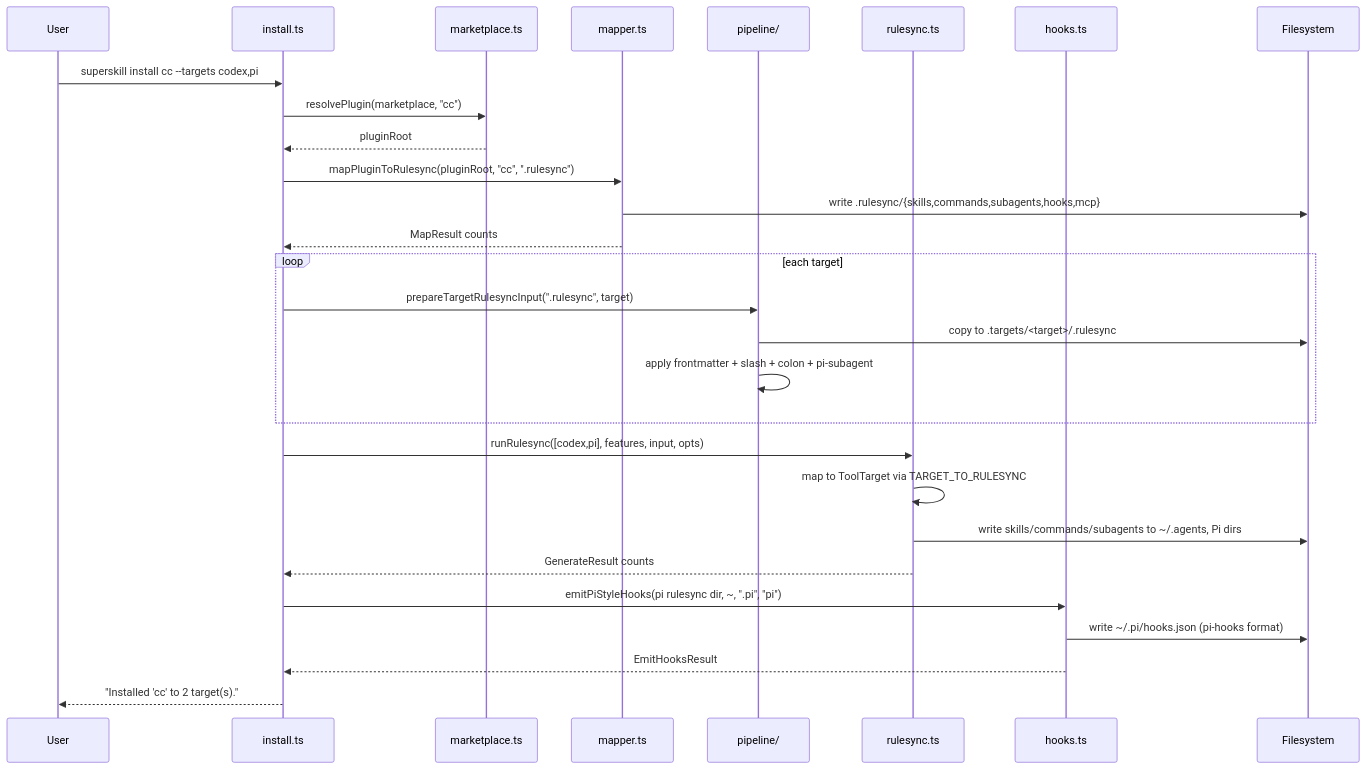
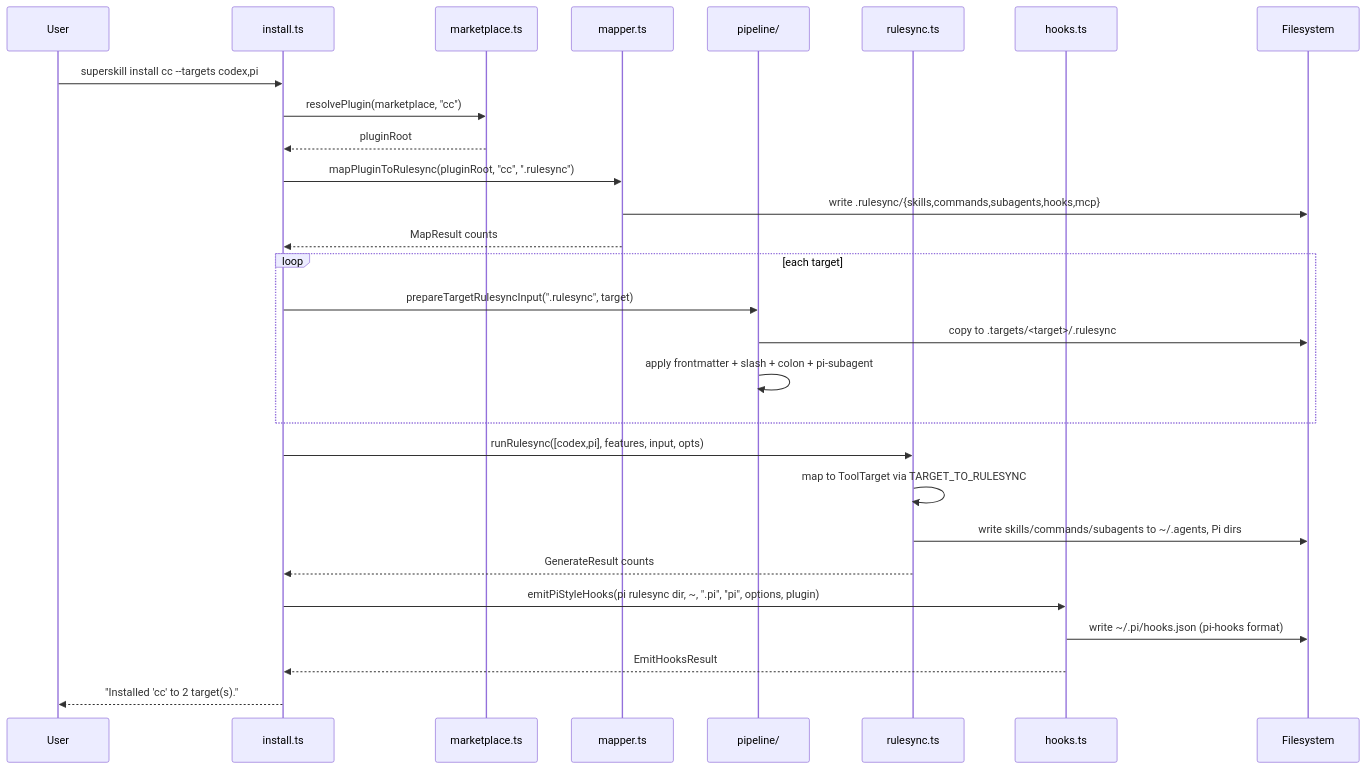
One commit to gobing-ai/superskill changed the fourth of 4 diagrams in docs/help/cmd_install.md. Above: the diagram before and after it, drawn with Mermaid. The commit also changed other lines of this file and 14 other files, not shown here.

First line of the commit message:
fix(cli): reconcile stale Pi and OMP hook artifacts by plugin ownership

````diff
--- a/docs/help/cmd_install.md
+++ b/docs/help/cmd_install.md
@@ -240,35 +240,35 @@
 ```mermaid
 sequenceDiagram
     participant User
     participant CLI as install.ts
     participant MP as marketplace.ts
     participant Map as mapper.ts
     participant Pipe as pipeline/
     participant RS as rulesync.ts
     participant H as hooks.ts
     participant FS as Filesystem
 
     User->>CLI: superskill install cc --targets codex,pi
     CLI->>MP: resolvePlugin(marketplace, "cc")
     MP-->>CLI: pluginRoot
     CLI->>Map: mapPluginToRulesync(pluginRoot, "cc", ".rulesync")
     Map->>FS: write .rulesync/{skills,commands,subagents,hooks,mcp}
     Map-->>CLI: MapResult counts
 
     loop each target
         CLI->>Pipe: prepareTargetRulesyncInput(".rulesync", target)
         Pipe->>FS: copy to .targets/<target>/.rulesync
         Pipe->>Pipe: apply frontmatter + slash + colon + pi-subagent
     end
 
     CLI->>RS: runRulesync([codex,pi], features, input, opts)
     RS->>RS: map to ToolTarget via TARGET_TO_RULESYNC
     RS->>FS: write skills/commands/subagents to ~/.agents, Pi dirs
     RS-->>CLI: GenerateResult counts
 
-    CLI->>H: emitPiStyleHooks(pi rulesync dir, ~, ".pi", "pi")
+    CLI->>H: emitPiStyleHooks(pi rulesync dir, ~, ".pi", "pi", options, plugin)
     H->>FS: write ~/.pi/hooks.json (pi-hooks format)
     H-->>CLI: EmitHooksResult
 
     CLI-->>User: "Installed 'cc' to 2 target(s)."
 ```
````
